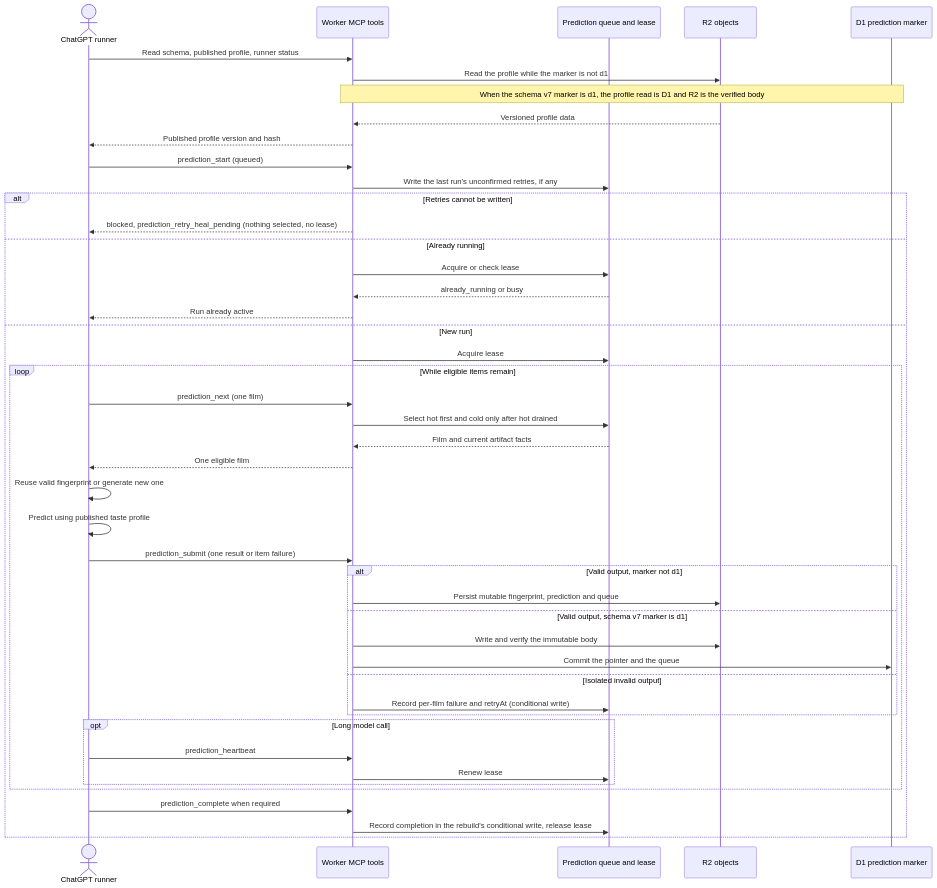
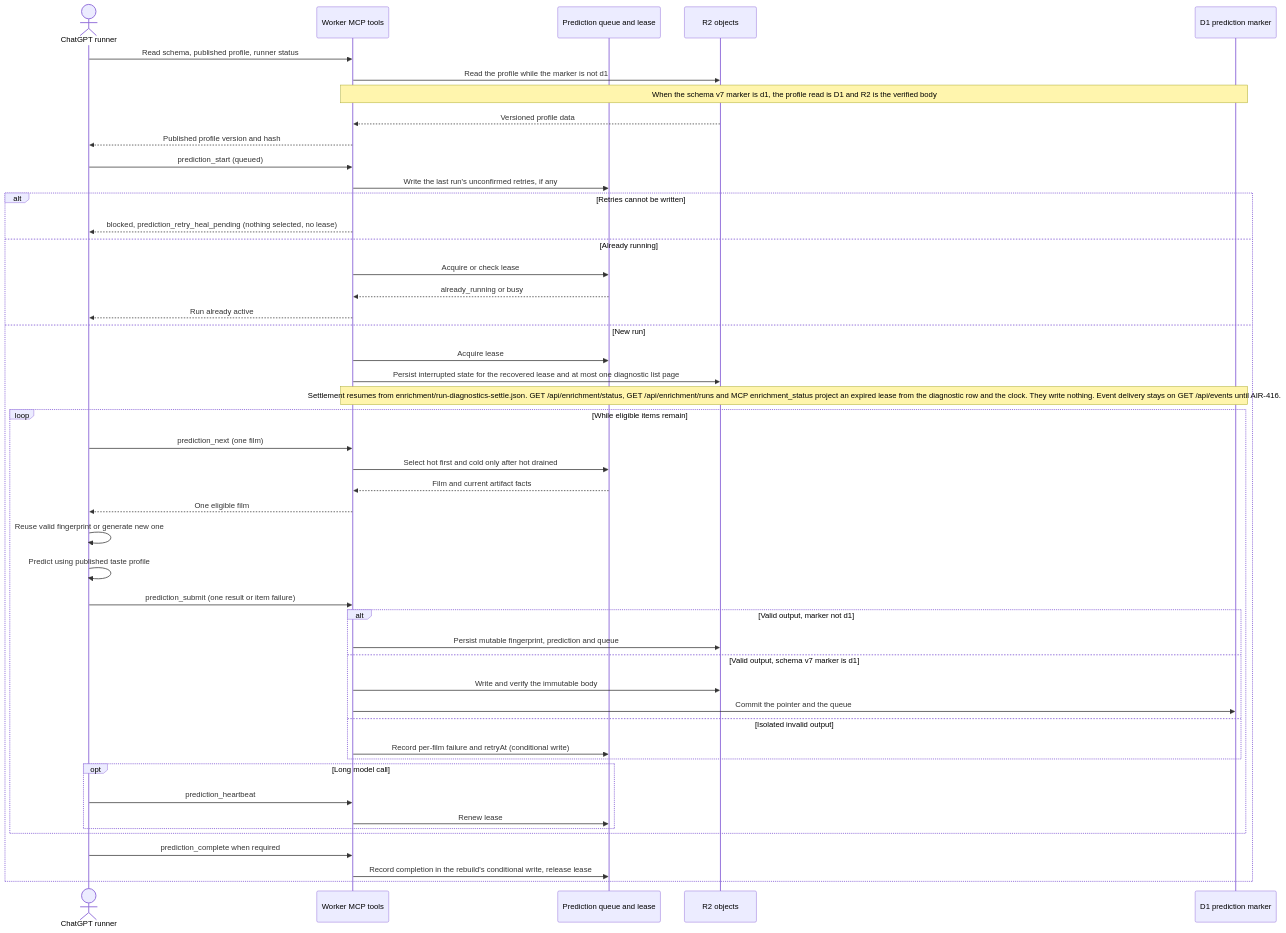
Before and after one commit to vladimino/iptv-watchlist: the first of 2 diagrams in docs/architecture/prediction-pipeline.md, drawn with Mermaid. The commit also changed 19 other files, not shown here.

First line of the commit message:
AIR-415: make prediction status and runs GET query-only

````diff
--- a/docs/architecture/prediction-pipeline.md
+++ b/docs/architecture/prediction-pipeline.md
@@ -5,47 +5,49 @@
 ```mermaid
 sequenceDiagram
     actor Client as ChatGPT runner
     participant MCP as Worker MCP tools
     participant Queue as Prediction queue and lease
     participant R2 as R2 objects
     participant D1 as D1 prediction marker
     Client->>MCP: Read schema, published profile, runner status
     MCP->>R2: Read the profile while the marker is not d1
     Note over MCP,D1: When the schema v7 marker is d1, the profile read is D1 and R2 is the verified body
     R2-->>MCP: Versioned profile data
     MCP-->>Client: Published profile version and hash
     Client->>MCP: prediction_start (queued)
     MCP->>Queue: Write the last run's unconfirmed retries, if any
     alt Retries cannot be written
         MCP-->>Client: blocked, prediction_retry_heal_pending (nothing selected, no lease)
     else Already running
         MCP->>Queue: Acquire or check lease
         Queue-->>MCP: already_running or busy
         MCP-->>Client: Run already active
     else New run
         MCP->>Queue: Acquire lease
+        MCP->>R2: Persist interrupted state for the recovered lease and at most one diagnostic list page
+        Note over MCP,D1: Settlement resumes from enrichment/run-diagnostics-settle.json. GET /api/enrichment/status, GET /api/enrichment/runs and MCP enrichment_status project an expired lease from the diagnostic row and the clock. They write nothing. Event delivery stays on GET /api/events until AIR-416.
         loop While eligible items remain
             Client->>MCP: prediction_next (one film)
             MCP->>Queue: Select hot first and cold only after hot drained
             Queue-->>MCP: Film and current artifact facts
             MCP-->>Client: One eligible film
             Client->>Client: Reuse valid fingerprint or generate new one
             Client->>Client: Predict using published taste profile
             Client->>MCP: prediction_submit (one result or item failure)
             alt Valid output, marker not d1
                 MCP->>R2: Persist mutable fingerprint, prediction and queue
             else Valid output, schema v7 marker is d1
                 MCP->>R2: Write and verify the immutable body
                 MCP->>D1: Commit the pointer and the queue
             else Isolated invalid output
                 MCP->>Queue: Record per-film failure and retryAt (conditional write)
             end
             opt Long model call
                 Client->>MCP: prediction_heartbeat
                 MCP->>Queue: Renew lease
             end
         end
         Client->>MCP: prediction_complete when required
         MCP->>Queue: Record completion in the rebuild's conditional write, release lease
     end
 ```
````
